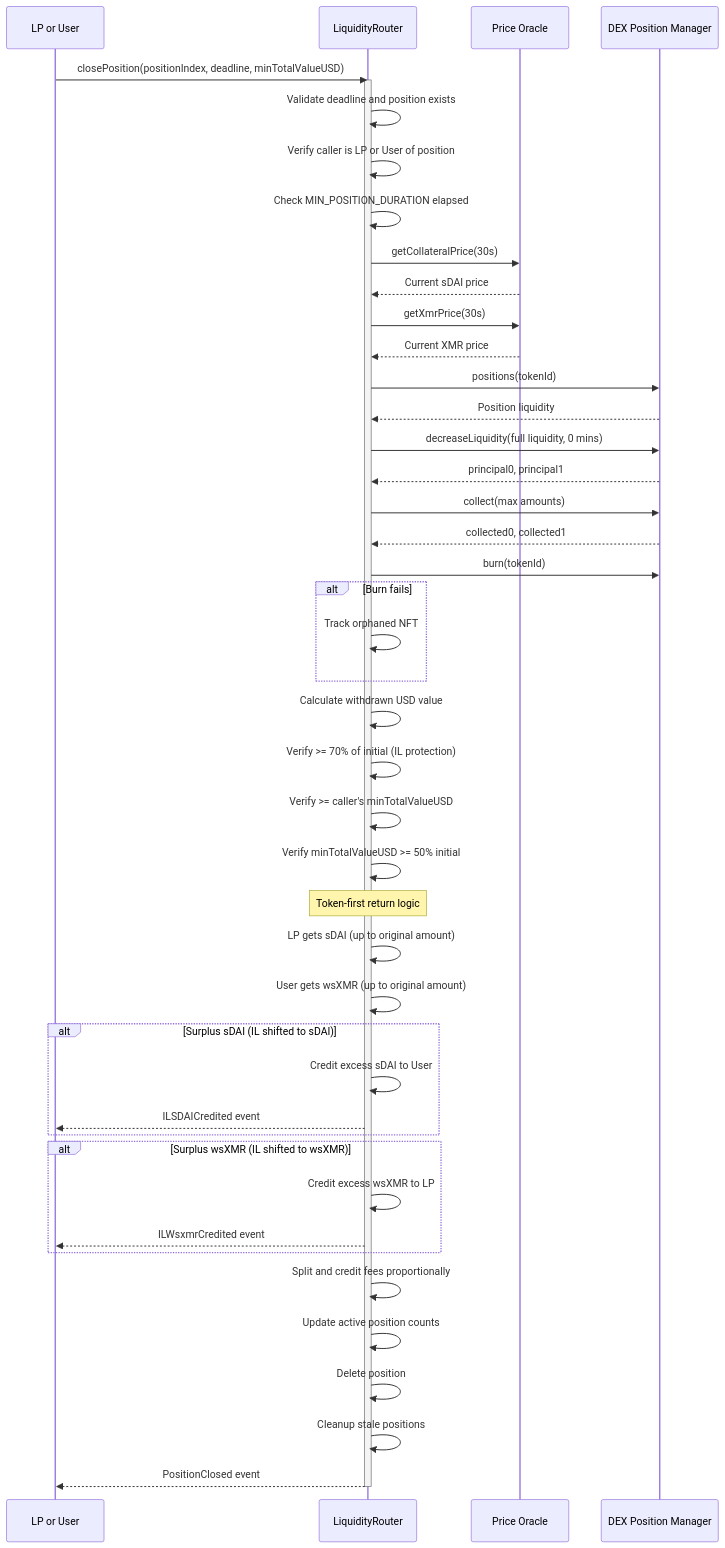
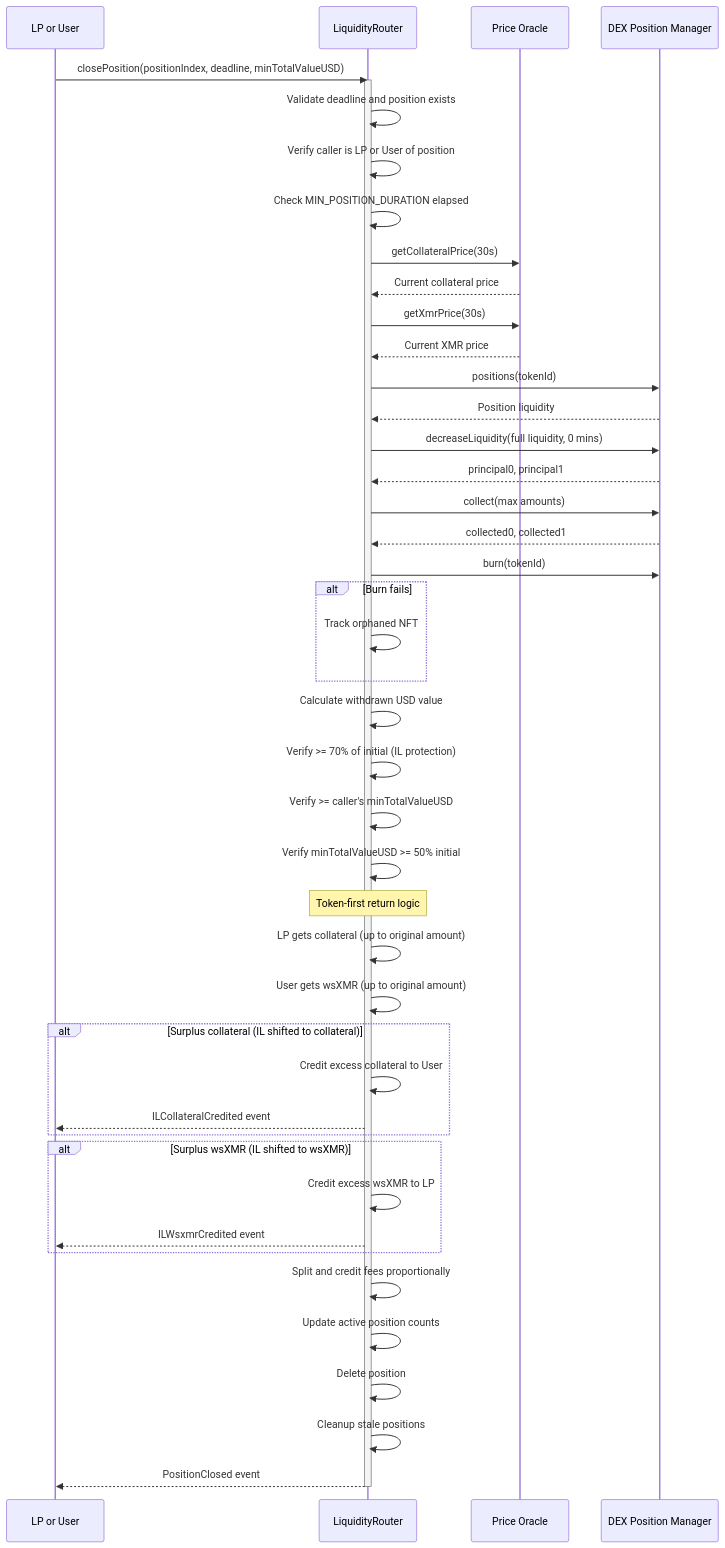
One commit to madschristensen99/wrapsynth changed the seventh of 27 diagrams in docs/sequenceDiagrams.md. Above: the diagram before and after it, drawn with Mermaid. The commit also changed other lines of this file and 1 other file, not shown here.

First line of the commit message:
Fix Mermaid parse errors + generalize docs to chain-agnostic terms

````diff
--- a/docs/sequenceDiagrams.md
+++ b/docs/sequenceDiagrams.md
@@ -292,60 +292,60 @@
 ```mermaid
 sequenceDiagram
     participant Caller as LP or User
     participant Router as LiquidityRouter
     participant Oracle as Price Oracle
     participant DEX as DEX Position Manager
 
     Caller->>Router: closePosition(positionIndex, deadline, minTotalValueUSD)
     activate Router
     
     Router->>Router: Validate deadline and position exists
     Router->>Router: Verify caller is LP or User of position
     Router->>Router: Check MIN_POSITION_DURATION elapsed
     
     Router->>Oracle: getCollateralPrice(30s)
-    Oracle-->>Router: Current sDAI price
+    Oracle-->>Router: Current collateral price
     Router->>Oracle: getXmrPrice(30s)
     Oracle-->>Router: Current XMR price
     
     Router->>DEX: positions(tokenId)
     DEX-->>Router: Position liquidity
     
     Router->>DEX: decreaseLiquidity(full liquidity, 0 mins)
     DEX-->>Router: principal0, principal1
     
     Router->>DEX: collect(max amounts)
     DEX-->>Router: collected0, collected1
     
     Router->>DEX: burn(tokenId)
     alt Burn fails
         Router->>Router: Track orphaned NFT
     end
     
     Router->>Router: Calculate withdrawn USD value
     Router->>Router: Verify >= 70% of initial (IL protection)
     Router->>Router: Verify >= caller's minTotalValueUSD
     Router->>Router: Verify minTotalValueUSD >= 50% initial
     
     Note over Router: Token-first return logic
-    Router->>Router: LP gets sDAI (up to original amount)
+    Router->>Router: LP gets collateral (up to original amount)
     Router->>Router: User gets wsXMR (up to original amount)
     
-    alt Surplus sDAI (IL shifted to sDAI)
-        Router->>Router: Credit excess sDAI to User
-        Router-->>Caller: ILSDAICredited event
+    alt Surplus collateral (IL shifted to collateral)
+        Router->>Router: Credit excess collateral to User
+        Router-->>Caller: ILCollateralCredited event
     end
     
     alt Surplus wsXMR (IL shifted to wsXMR)
         Router->>Router: Credit excess wsXMR to LP
         Router-->>Caller: ILWsxmrCredited event
     end
     
     Router->>Router: Split and credit fees proportionally
     Router->>Router: Update active position counts
     Router->>Router: Delete position
     Router->>Router: Cleanup stale positions
     
     Router-->>Caller: PositionClosed event
     deactivate Router
 ```
````
